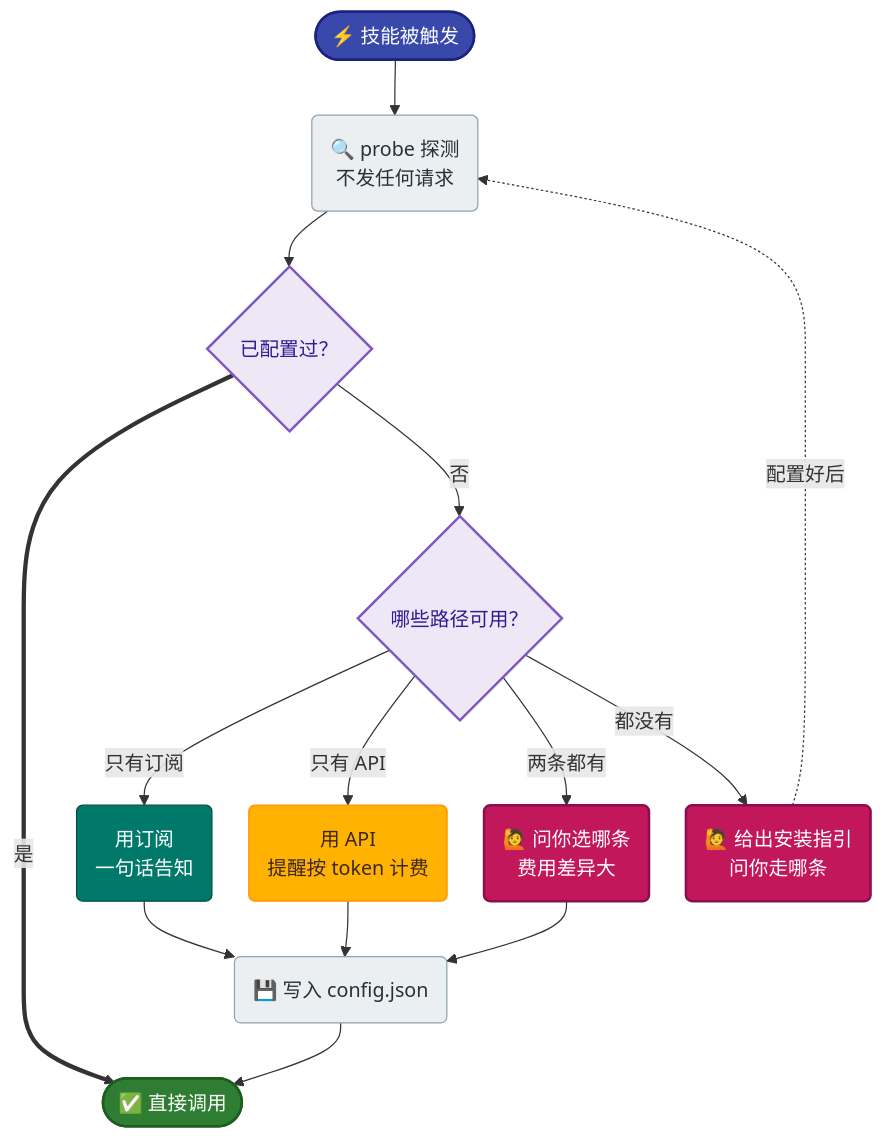
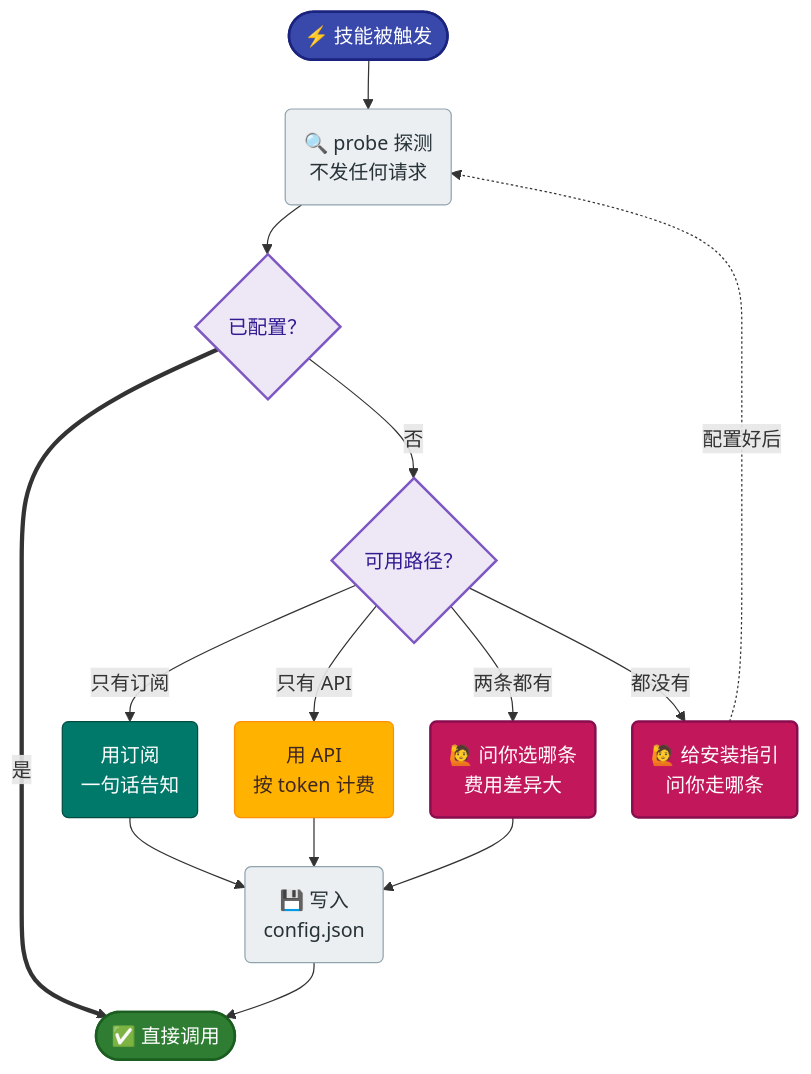
One commit to Stefansong/ask-gpt changed the second of 3 diagrams in README.md. Above: the diagram before and after it, drawn with Mermaid. The commit also changed other lines of this file, not shown here.

First line of the commit message:
docs: 优化流程图与架构图的排版

````diff
--- a/README.md
+++ b/README.md
@@ -119,31 +119,31 @@
 ```mermaid
-%%{init: {"flowchart": {"curve": "basis", "nodeSpacing": 30, "rankSpacing": 45}}}%%
+%%{init: {"flowchart": {"nodeSpacing": 30, "rankSpacing": 40}}}%%
 flowchart TD
     A(["⚡ 技能被触发"]) --> B("🔍 probe 探测<br/>不发任何请求")
-    B --> C{"已配置过？"}
+    B --> C{"已配置？"}
     C ==>|是| Z(["✅ 直接调用"])
-    C -->|否| D{"哪些路径可用？"}
+    C -->|否| D{"可用路径？"}
     D -->|只有订阅| E("用订阅<br/>一句话告知")
-    D -->|只有 API| F("用 API<br/>提醒按 token 计费")
+    D -->|只有 API| F("用 API<br/>按 token 计费")
     D -->|两条都有| G("🙋 问你选哪条<br/>费用差异大")
-    D -->|都没有| H("🙋 给出安装指引<br/>问你走哪条")
-    E & F & G --> J("💾 写入 config.json")
+    D -->|都没有| H("🙋 给安装指引<br/>问你走哪条")
+    E & F & G --> J("💾 写入<br/>config.json")
     J --> Z
     H -.->|配置好后| B
 
     classDef entry  fill:#3949ab,stroke:#1a237e,color:#fff,stroke-width:2px
     classDef step   fill:#eceff1,stroke:#90a4ae,color:#263238
     classDef decide fill:#ede7f6,stroke:#7e57c2,color:#311b92,stroke-width:2px
     classDef sub    fill:#00796b,stroke:#004d40,color:#fff
     classDef api    fill:#ffb300,stroke:#ff8f00,color:#3e2723
     classDef user   fill:#c2185b,stroke:#880e4f,color:#fff,stroke-width:2px
     classDef done   fill:#2e7d32,stroke:#1b5e20,color:#fff,stroke-width:2px
 
     class A entry
     class B,J step
     class C,D decide
     class E sub
     class F api
     class G,H user
     class Z done
 ```
````
